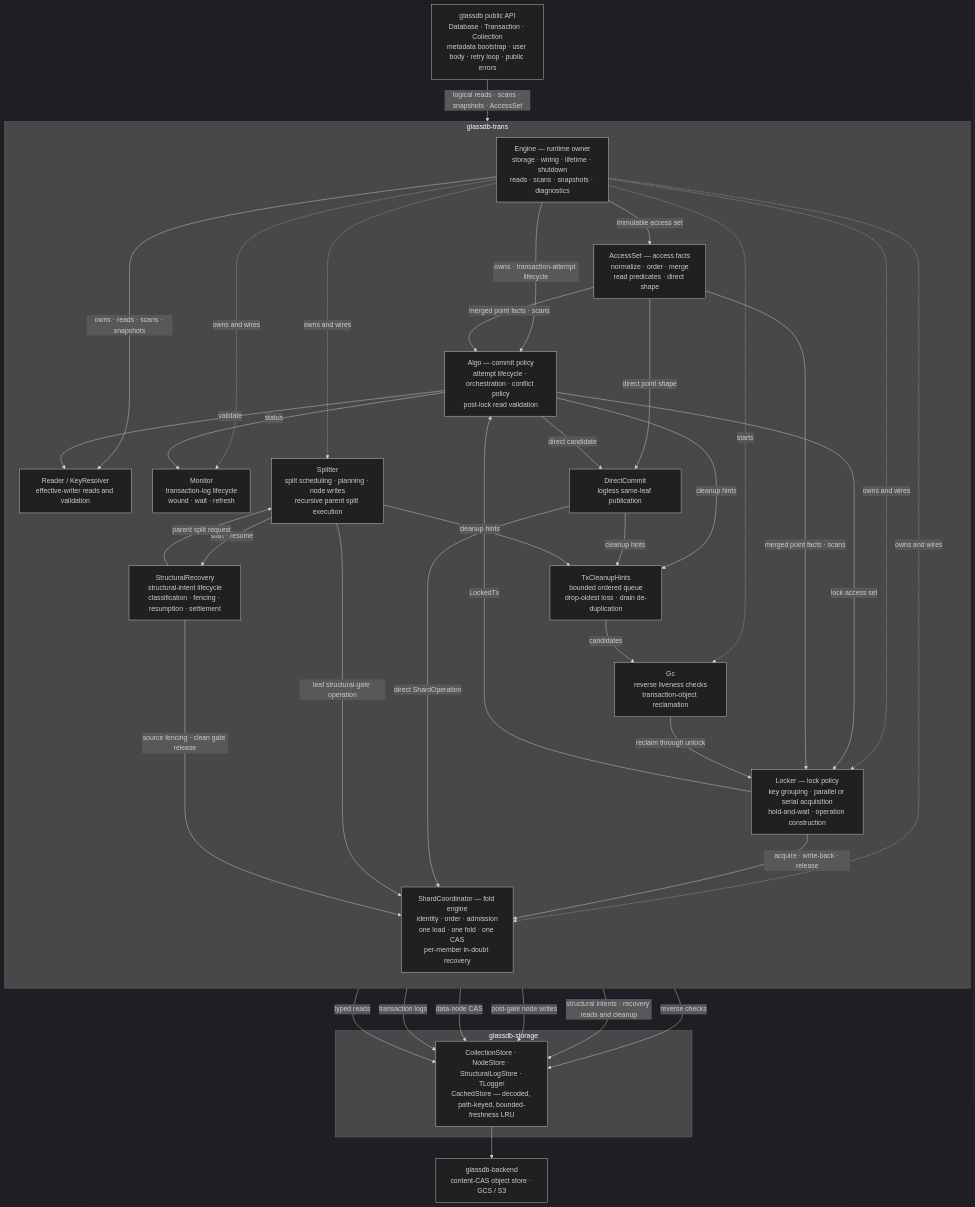
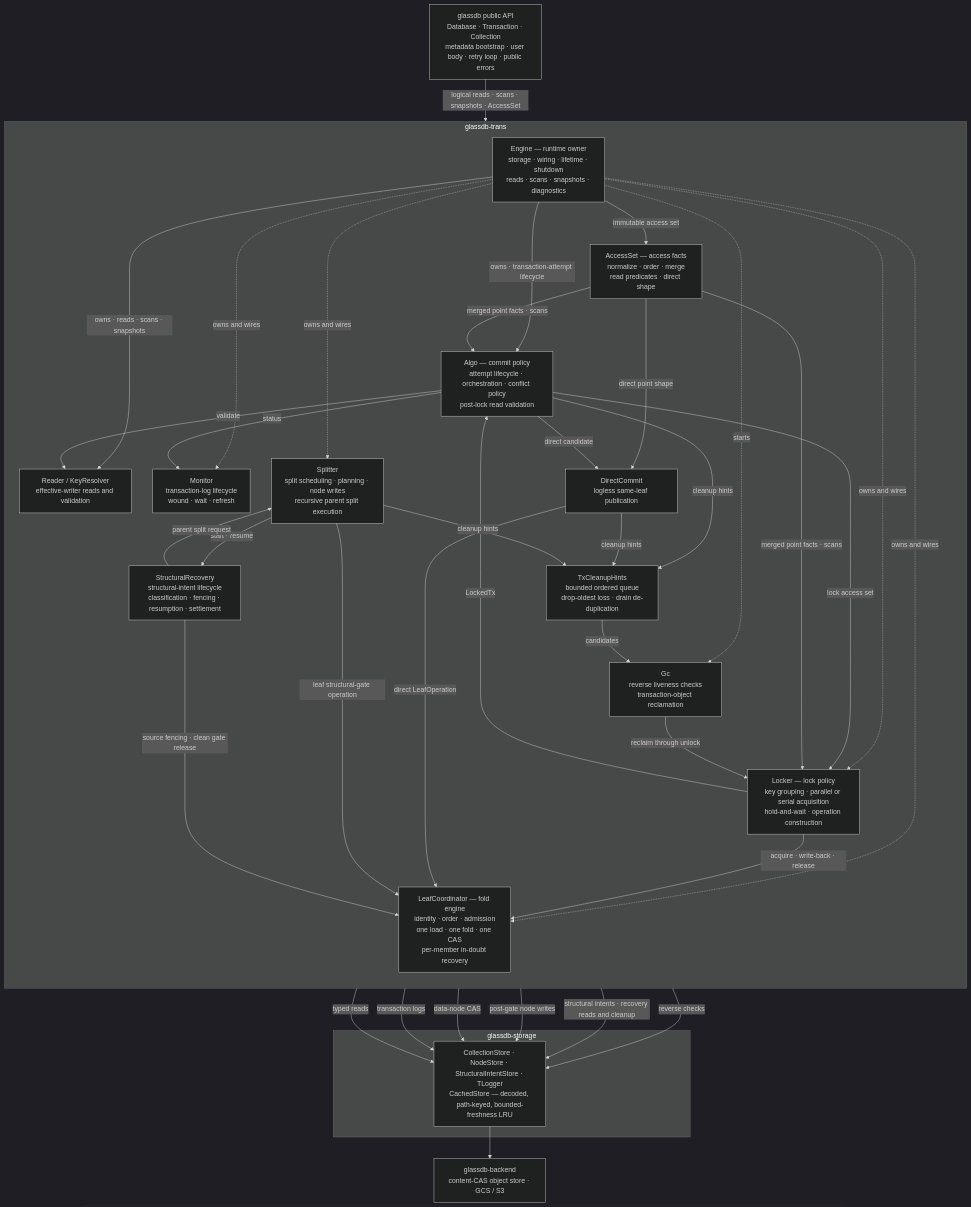
Before and after one commit to mbrt/glassdb-rs: the first of 3 diagrams in docs/architecture.md, drawn with Mermaid (dark theme). The commit also changed other lines of this file and 64 other files, not shown here.

````diff
--- a/docs/architecture.md
+++ b/docs/architecture.md
@@ -166,63 +166,63 @@
 ```mermaid
 flowchart TD
   API["glassdb public API<br/>Database · Transaction · Collection<br/>metadata bootstrap · user body · retry loop · public errors"]
 
   subgraph TRANS["glassdb-trans"]
     direction TB
     Engine["Engine — runtime owner<br/>storage · wiring · lifetime · shutdown<br/>reads · scans · snapshots · diagnostics"]
     Accesses["AccessSet — access facts<br/>normalize · order · merge<br/>read predicates · direct shape"]
     Algo["Algo — commit policy<br/>attempt lifecycle · orchestration · conflict policy<br/>post-lock read validation"]
     Reader["Reader / KeyResolver<br/>effective-writer reads and validation"]
     Locker["Locker — lock policy<br/>key grouping · parallel or serial acquisition<br/>hold-and-wait · operation construction"]
     Direct["DirectCommit<br/>logless same-leaf publication"]
     Monitor["Monitor<br/>transaction-log lifecycle<br/>wound · wait · refresh"]
     Hints["TxCleanupHints<br/>bounded ordered queue<br/>drop-oldest loss · drain de-duplication"]
     Splitter["Splitter<br/>split scheduling · planning · node writes<br/>recursive parent split execution"]
     Recovery["StructuralRecovery<br/>structural-intent lifecycle<br/>classification · fencing · resumption · settlement"]
-    Coord["ShardCoordinator — fold engine<br/>identity · order · admission<br/>one load · one fold · one CAS<br/>per-member in-doubt recovery"]
+    Coord["LeafCoordinator — fold engine<br/>identity · order · admission<br/>one load · one fold · one CAS<br/>per-member in-doubt recovery"]
     Gc["Gc<br/>reverse liveness checks<br/>transaction-object reclamation"]
 
     Engine -->|"owns · transaction-attempt lifecycle"| Algo
     Engine -->|"immutable access set"| Accesses
     Engine -->|"owns · reads · scans · snapshots"| Reader
     Engine -.->|"owns and wires"| Locker
     Engine -.->|"owns and wires"| Monitor
     Engine -.->|"owns and wires"| Splitter
     Engine -.->|"owns and wires"| Coord
     Engine -.->|"starts"| Gc
     Algo -->|"validate"| Reader
     Algo -->|"lock access set"| Locker
     Locker -->|"LockedTx"| Algo
     Algo -->|"status"| Monitor
     Accesses -->|"merged point facts · scans"| Algo
     Accesses -->|"merged point facts · scans"| Locker
     Accesses -->|"direct point shape"| Direct
     Algo -->|"direct candidate"| Direct
     Algo -->|"cleanup hints"| Hints
     Direct -->|"cleanup hints"| Hints
     Splitter -->|"cleanup hints"| Hints
     Splitter -->|"start · resume"| Recovery
     Recovery -->|"parent split request"| Splitter
     Hints -->|"candidates"| Gc
     Locker -->|"acquire · write-back · release"| Coord
-    Direct -->|"direct ShardOperation"| Coord
+    Direct -->|"direct LeafOperation"| Coord
     Splitter -->|"leaf structural-gate operation"| Coord
     Recovery -->|"source fencing · clean gate release"| Coord
     Gc -->|"reclaim through unlock"| Locker
   end
 
   subgraph STORAGE["glassdb-storage"]
-    Stores["CollectionStore · NodeStore · StructuralLogStore · TLogger<br/>CachedStore — decoded, path-keyed, bounded-freshness LRU"]
+    Stores["CollectionStore · NodeStore · StructuralIntentStore · TLogger<br/>CachedStore — decoded, path-keyed, bounded-freshness LRU"]
   end
 
   Backend["glassdb-backend<br/>content-CAS object store · GCS / S3"]
 
   API -->|"logical reads · scans · snapshots · AccessSet"| Engine
   Reader -->|"typed reads"| Stores
   Monitor -->|"transaction logs"| Stores
   Coord -->|"data-node CAS"| Stores
   Splitter -->|"post-gate node writes"| Stores
   Recovery -->|"structural intents · recovery reads and cleanup"| Stores
   Gc -->|"reverse checks"| Stores
   Stores --> Backend
 ```
````
